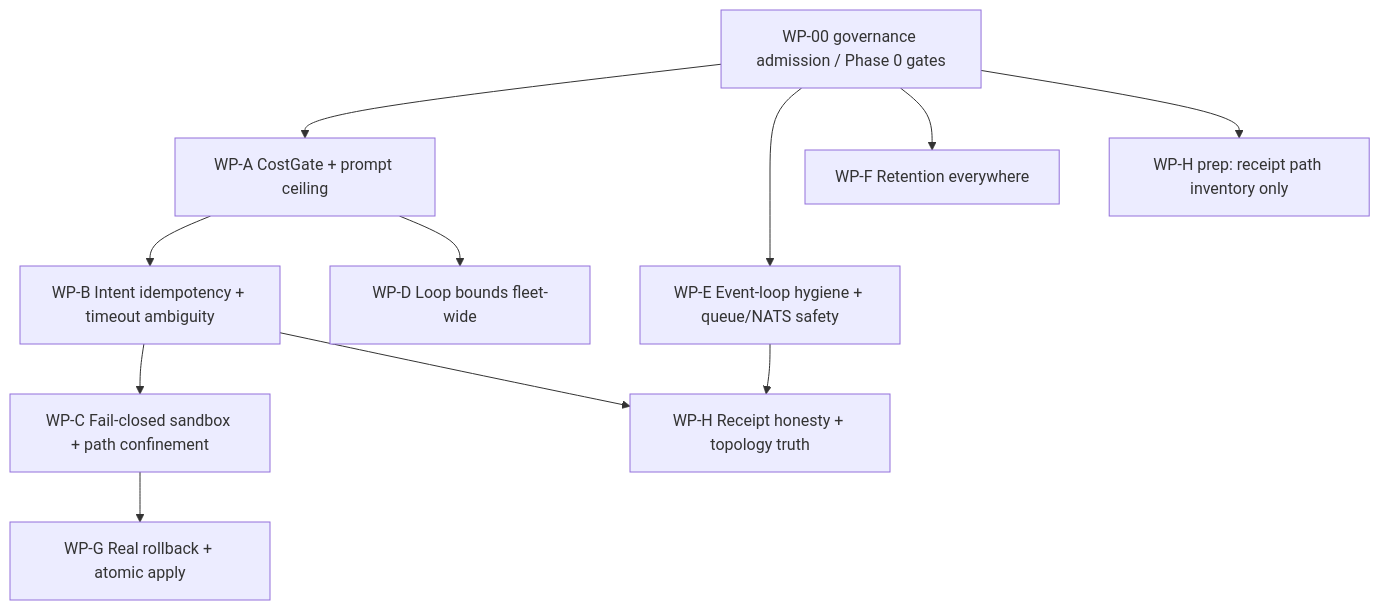
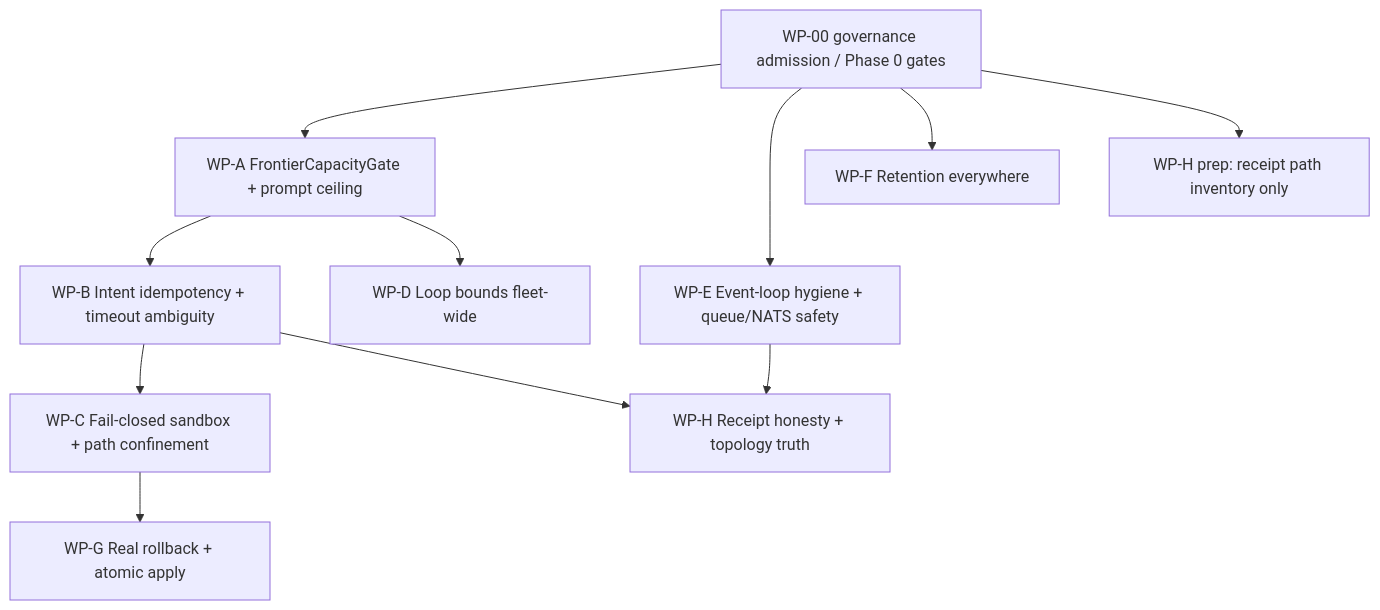
Before and after one commit to AIKAGRYA/dharma_swarm: the diagram in docs/plans/TITANIUM_RUNTIME_HARDENING_WPS_2026-07-17.md, drawn with Mermaid. The commit also changed other lines of this file and 2 other files, not shown here.

First line of the commit message:
docs: prioritize frontier capacity over cost minimization

````diff
--- a/docs/plans/TITANIUM_RUNTIME_HARDENING_WPS_2026-07-17.md
+++ b/docs/plans/TITANIUM_RUNTIME_HARDENING_WPS_2026-07-17.md
@@ -38,13 +42,13 @@
 ```mermaid
 flowchart TD
-  WP00[WP-00 governance admission / Phase 0 gates] --> WPA[WP-A CostGate + prompt ceiling]
+  WP00[WP-00 governance admission / Phase 0 gates] --> WPA[WP-A FrontierCapacityGate + prompt ceiling]
   WP00 --> WPE[WP-E Event-loop hygiene + queue/NATS safety]
   WP00 --> WPF[WP-F Retention everywhere]
   WP00 --> WPHprep[WP-H prep: receipt path inventory only]
   WPA --> WPB[WP-B Intent idempotency + timeout ambiguity]
   WPA --> WPD[WP-D Loop bounds fleet-wide]
   WPB --> WPC[WP-C Fail-closed sandbox + path confinement]
   WPE --> WPH[WP-H Receipt honesty + topology truth]
   WPB --> WPH
   WPC --> WPG[WP-G Real rollback + atomic apply]
 ```
````
